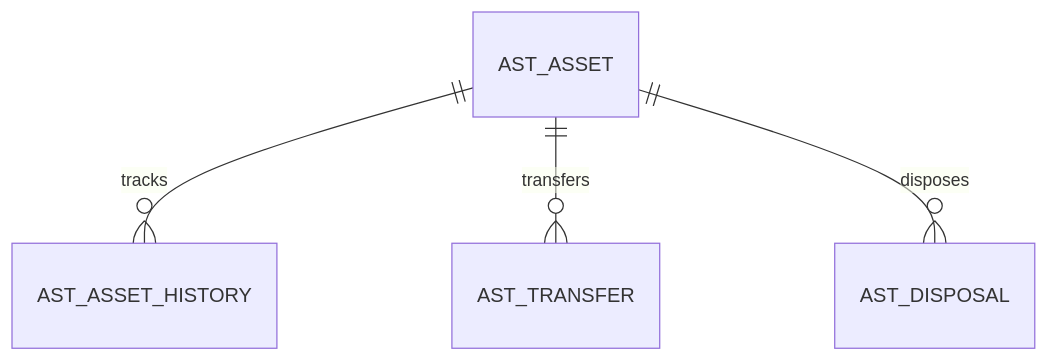
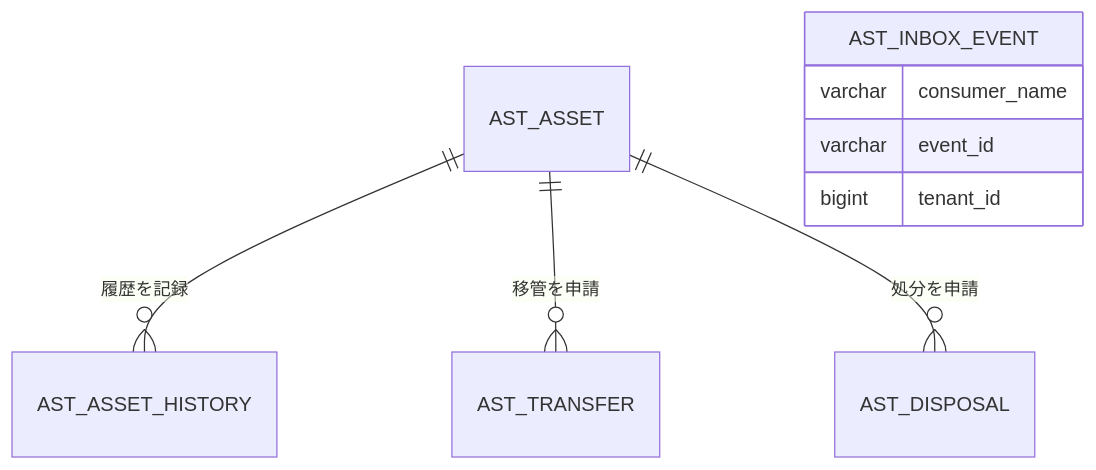
One commit to wang-baohai/Omni-Stack changed the second of 6 diagrams in docs/design/asset-design.jp.md. Above: the diagram before and after it, drawn with Mermaid. The commit also changed other lines of this file and 1095 other files, not shown here.

````diff
--- a/docs/design/asset-design.jp.md
+++ b/docs/design/asset-design.jp.md
@@ -93,6 +97,11 @@
 ```mermaid
 erDiagram
-    AST_ASSET ||--o{ AST_ASSET_HISTORY : tracks
-    AST_ASSET ||--o{ AST_TRANSFER : transfers
-    AST_ASSET ||--o{ AST_DISPOSAL : disposes
+    AST_ASSET ||--o{ AST_ASSET_HISTORY : "履歴を記録"
+    AST_ASSET ||--o{ AST_TRANSFER : "移管を申請"
+    AST_ASSET ||--o{ AST_DISPOSAL : "処分を申請"
+    AST_INBOX_EVENT {
+        varchar consumer_name
+        varchar event_id
+        bigint tenant_id
+    }
 ```
````
